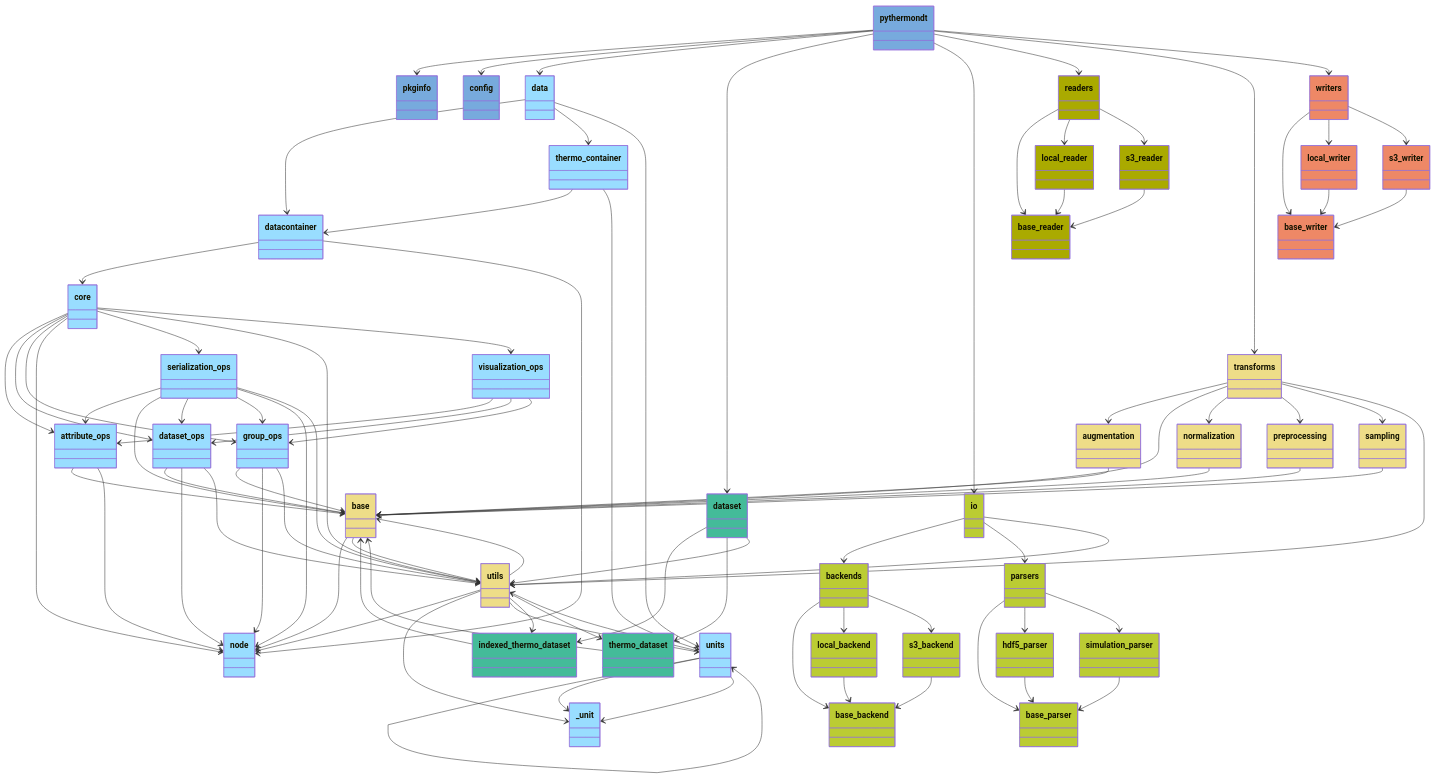
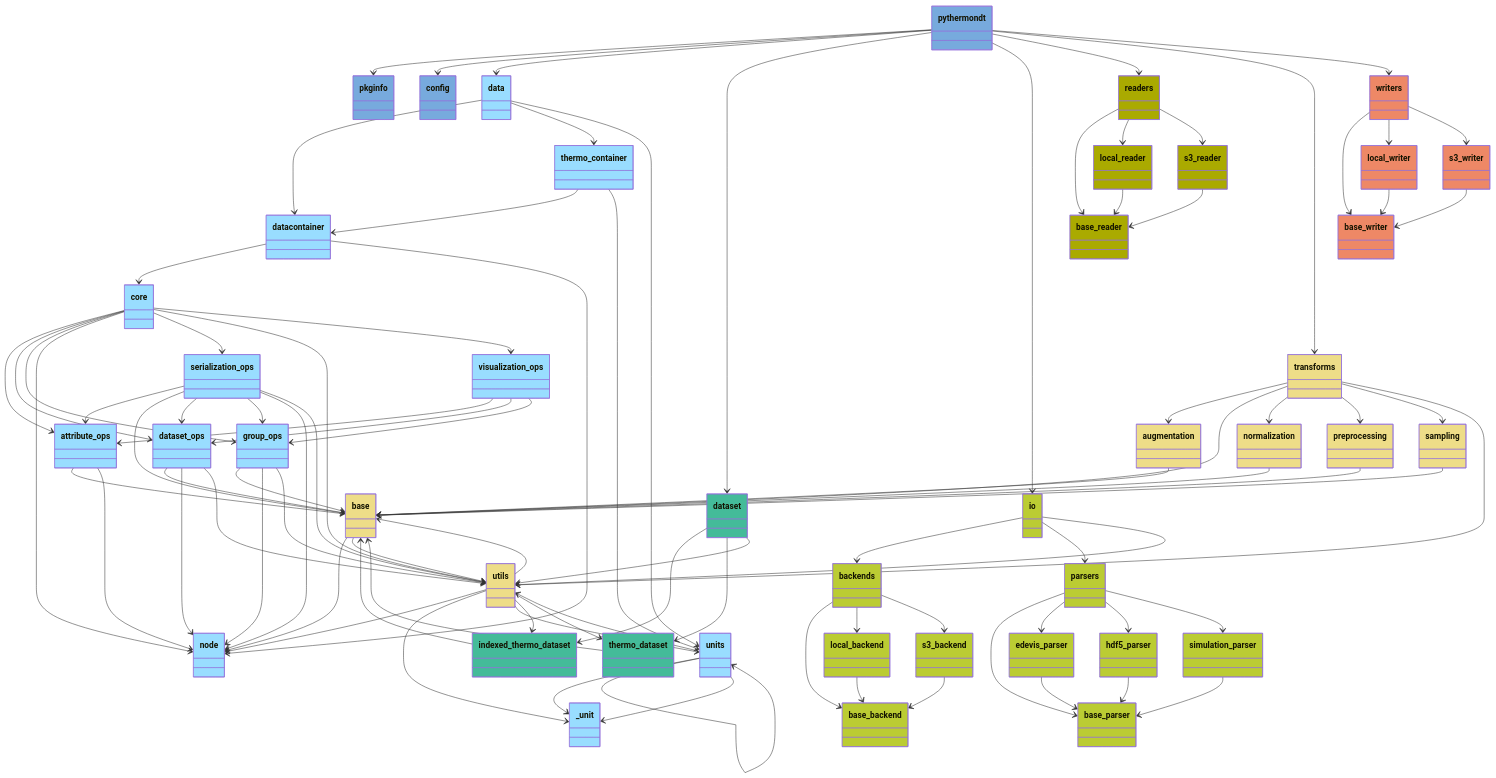
One commit to voidsy-gmbh/pyThermoNDT changed the diagram in docs/pyreverse/mermaid/packages_pythermondt.mmd. Above: the diagram before and after it, drawn with Mermaid. The commit also changed 19 other files, not shown here.

```diff
--- a/docs/pyreverse/mermaid/packages_pythermondt.mmd
+++ b/docs/pyreverse/mermaid/packages_pythermondt.mmd
@@ -92,6 +92,9 @@
   class base_parser {
   }
   style base_parser fill:#BBCC33
+  class edevis_parser {
+  }
+  style edevis_parser fill:#BBCC33
   class hdf5_parser {
   }
   style hdf5_parser fill:#BBCC33
@@ -188,8 +191,8 @@
   visualization_ops --> group_ops
   thermo_container --> datacontainer
   thermo_container --> units
+  units --> _unit
   units --> units
-  units --> _unit
   units --> utils
   units --> _unit
   utils --> _unit
@@ -210,8 +213,10 @@
   local_backend --> base_backend
   s3_backend --> base_backend
   parsers --> base_parser
+  parsers --> edevis_parser
   parsers --> hdf5_parser
   parsers --> simulation_parser
+  edevis_parser --> base_parser
   hdf5_parser --> base_parser
   simulation_parser --> base_parser
   readers --> base_reader
```
